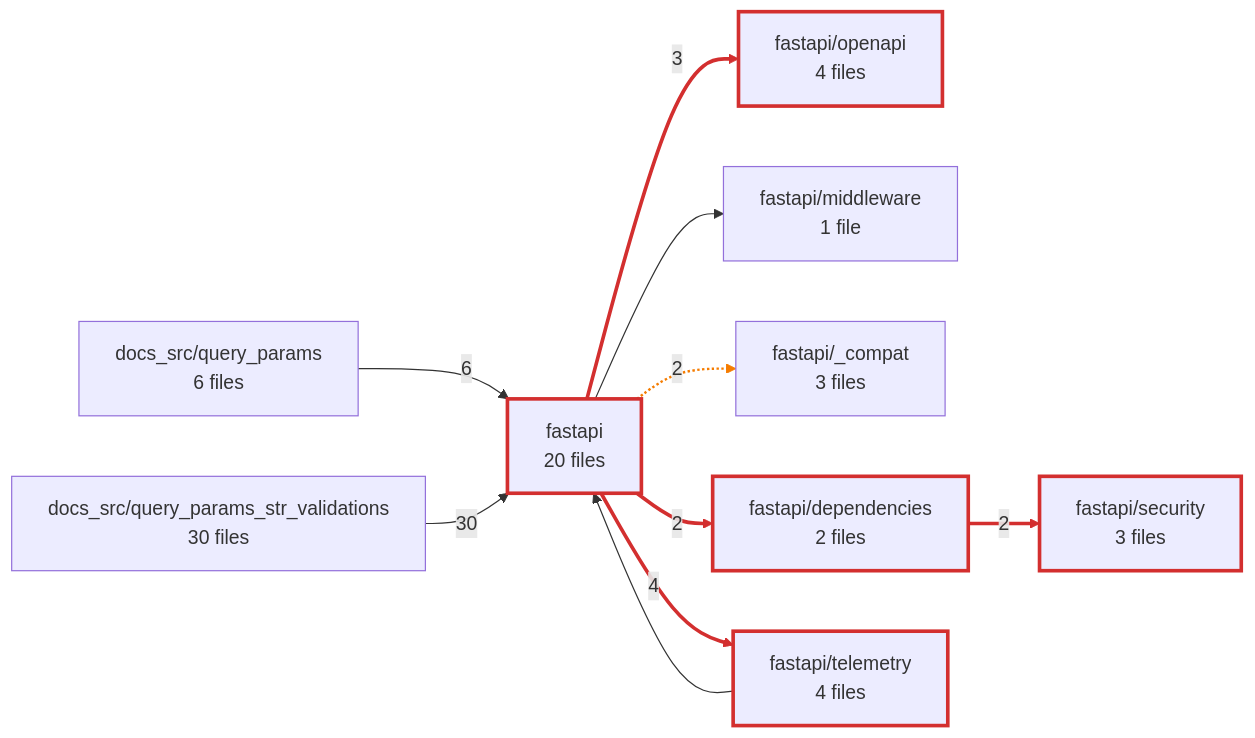
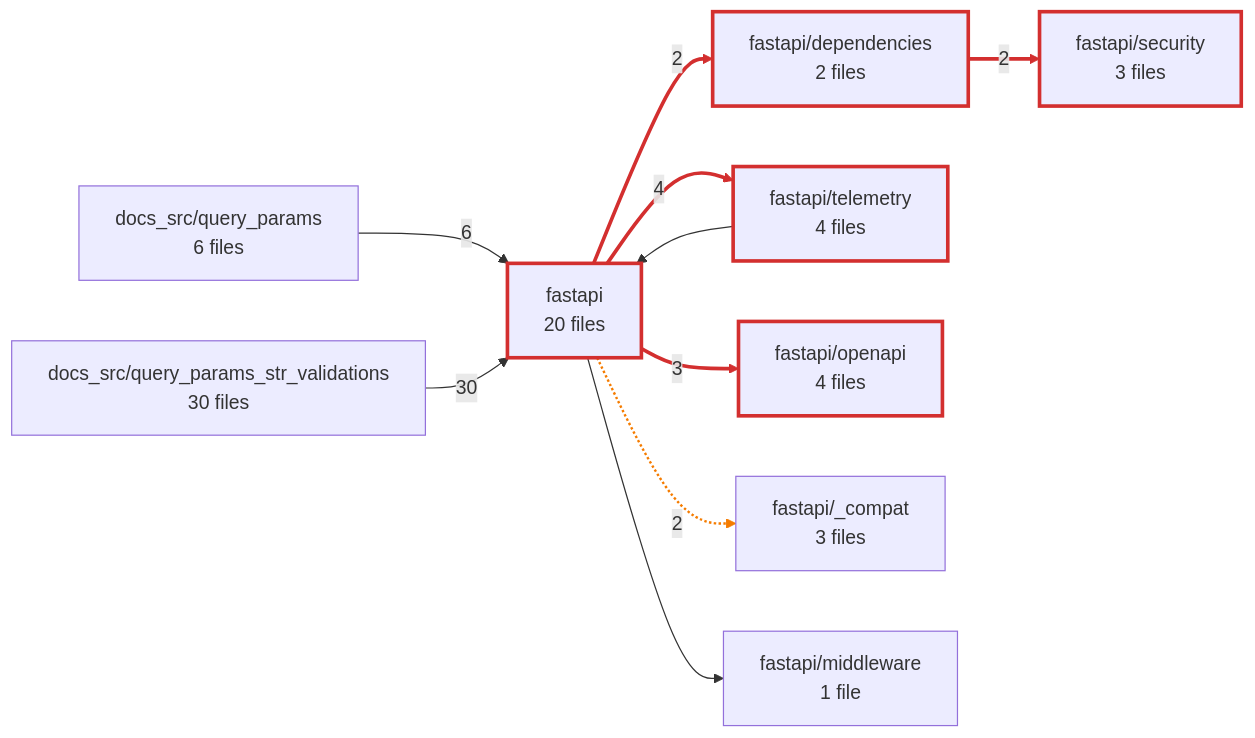
Before and after one commit to mohdzain98/gnost: diagram 27 of 36 in docs/gallery/fastapi/flow/folder-paths.md, drawn with Mermaid. The commit also changed other lines of this file and 38 other files, not shown here.

````diff
--- a/docs/gallery/fastapi/flow/folder-paths.md
+++ b/docs/gallery/fastapi/flow/folder-paths.md
@@ -2251,25 +2251,25 @@
 ```mermaid
 flowchart LR
+  dir_fastapi_dependencies["fastapi/dependencies<br/>2 files"]
+  dir_fastapi_security["fastapi/security<br/>3 files"]
+  dir_docs_src_query_params_str_validations["docs_src/query_params_str_validations<br/>30 files"]
   dir_fastapi["fastapi<br/>20 files"]
+  dir_docs_src_query_params["docs_src/query_params<br/>6 files"]
+  dir_fastapi_telemetry["fastapi/telemetry<br/>4 files"]
   dir_fastapi_openapi["fastapi/openapi<br/>4 files"]
-  dir_docs_src_query_params_str_validations["docs_src/query_params_str_validations<br/>30 files"]
-  dir_docs_src_query_params["docs_src/query_params<br/>6 files"]
+  dir_fastapi__compat["fastapi/_compat<br/>3 files"]
   dir_fastapi_middleware["fastapi/middleware<br/>1 file"]
-  dir_fastapi__compat["fastapi/_compat<br/>3 files"]
-  dir_fastapi_dependencies["fastapi/dependencies<br/>2 files"]
-  dir_fastapi_telemetry["fastapi/telemetry<br/>4 files"]
-  dir_fastapi_security["fastapi/security<br/>3 files"]
   dir_docs_src_query_params -->|6| dir_fastapi
   dir_docs_src_query_params_str_validations -->|30| dir_fastapi
   dir_fastapi -.->|2| dir_fastapi__compat
   dir_fastapi ==>|2| dir_fastapi_dependencies
   dir_fastapi --> dir_fastapi_middleware
   dir_fastapi ==>|3| dir_fastapi_openapi
   dir_fastapi ==>|4| dir_fastapi_telemetry
   dir_fastapi_dependencies ==>|2| dir_fastapi_security
   dir_fastapi_telemetry --> dir_fastapi
   linkStyle 2 stroke:#f57c00,stroke-width:2px
   linkStyle 3,5,6,7 stroke:#d32f2f,stroke-width:3px
   classDef cycle stroke:#d32f2f,stroke-width:3px
-  class dir_fastapi,dir_fastapi_openapi,dir_fastapi_dependencies,dir_fastapi_telemetry,dir_fastapi_security cycle
+  class dir_fastapi_dependencies,dir_fastapi_security,dir_fastapi,dir_fastapi_telemetry,dir_fastapi_openapi cycle
 ```
````
